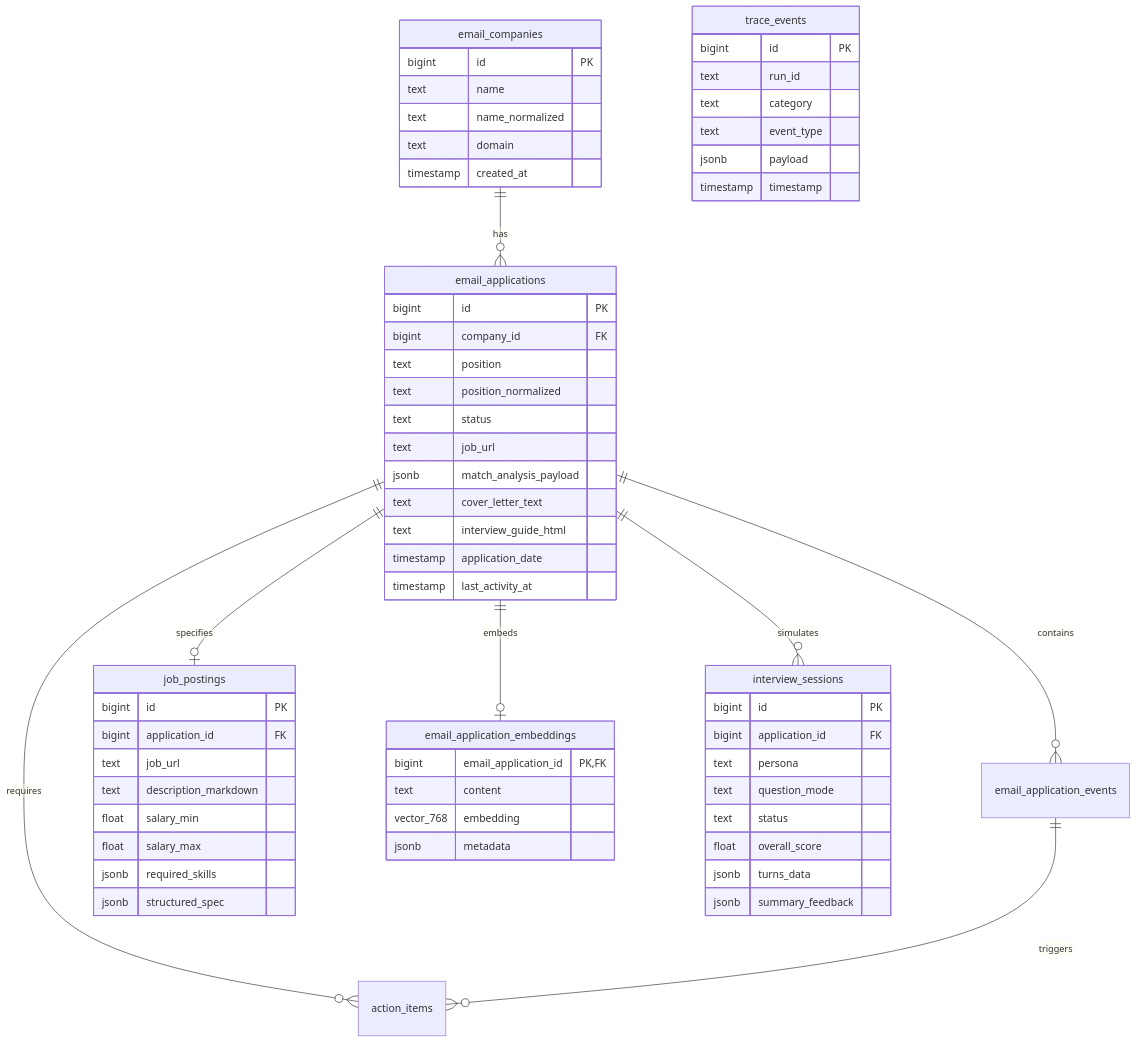
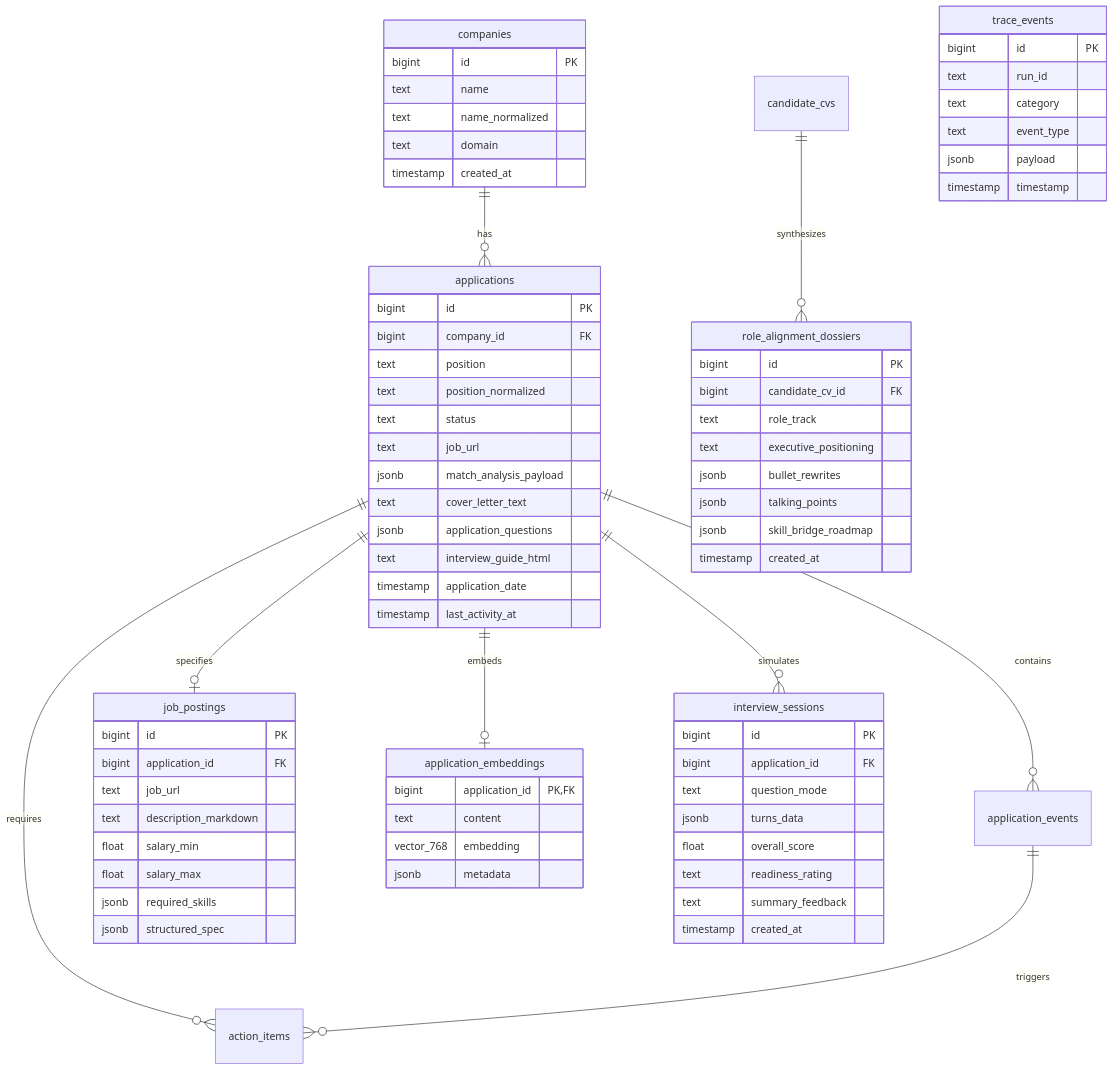
One commit to Joel-Duarte/job-tracker changed the second of 4 diagrams in docs/ARCHITECTURE.md. Above: the diagram before and after it, drawn with Mermaid. The commit also changed other lines of this file and 1 other file, not shown here.

Commit message:
docs: add queue-first llm architecture and settings task registration guidelines to agents spec

````diff
--- a/docs/ARCHITECTURE.md
+++ b/docs/ARCHITECTURE.md
@@ -148,14 +148,15 @@
 ```mermaid
 erDiagram
-    email_companies ||--o{ email_applications : "has"
-    email_applications ||--o{ email_application_events : "contains"
-    email_applications ||--o{ action_items : "requires"
-    email_applications ||--o| job_postings : "specifies"
-    email_applications ||--o| email_application_embeddings : "embeds"
-    email_applications ||--o{ interview_sessions : "simulates"
-    email_application_events ||--o{ action_items : "triggers"
+    companies ||--o{ applications : "has"
+    applications ||--o{ application_events : "contains"
+    applications ||--o{ action_items : "requires"
+    applications ||--o| job_postings : "specifies"
+    applications ||--o| application_embeddings : "embeds"
+    applications ||--o{ interview_sessions : "simulates"
+    application_events ||--o{ action_items : "triggers"
+    candidate_cvs ||--o{ role_alignment_dossiers : "synthesizes"
 
-    email_companies {
+    companies {
         bigint id PK
         text name
         text name_normalized
@@ -163,7 +164,7 @@
         timestamp created_at
     }
 
-    email_applications {
+    applications {
         bigint id PK
         bigint company_id FK
         text position
@@ -172,6 +173,7 @@
         text job_url
         jsonb match_analysis_payload
         text cover_letter_text
+        jsonb application_questions
         text interview_guide_html
         timestamp application_date
         timestamp last_activity_at
@@ -188,22 +190,33 @@
         jsonb structured_spec
     }
 
-    email_application_embeddings {
-        bigint email_application_id PK,FK
+    application_embeddings {
+        bigint application_id PK,FK
         text content
         vector_768 embedding
         jsonb metadata
     }
 
+    role_alignment_dossiers {
+        bigint id PK
+        bigint candidate_cv_id FK
+        text role_track
+        text executive_positioning
+        jsonb bullet_rewrites
+        jsonb talking_points
+        jsonb skill_bridge_roadmap
+        timestamp created_at
+    }
+
     interview_sessions {
         bigint id PK
         bigint application_id FK
-        text persona
         text question_mode
-        text status
+        jsonb turns_data
         float overall_score
-        jsonb turns_data
-        jsonb summary_feedback
+        text readiness_rating
+        text summary_feedback
+        timestamp created_at
     }
 
     trace_events {
````
